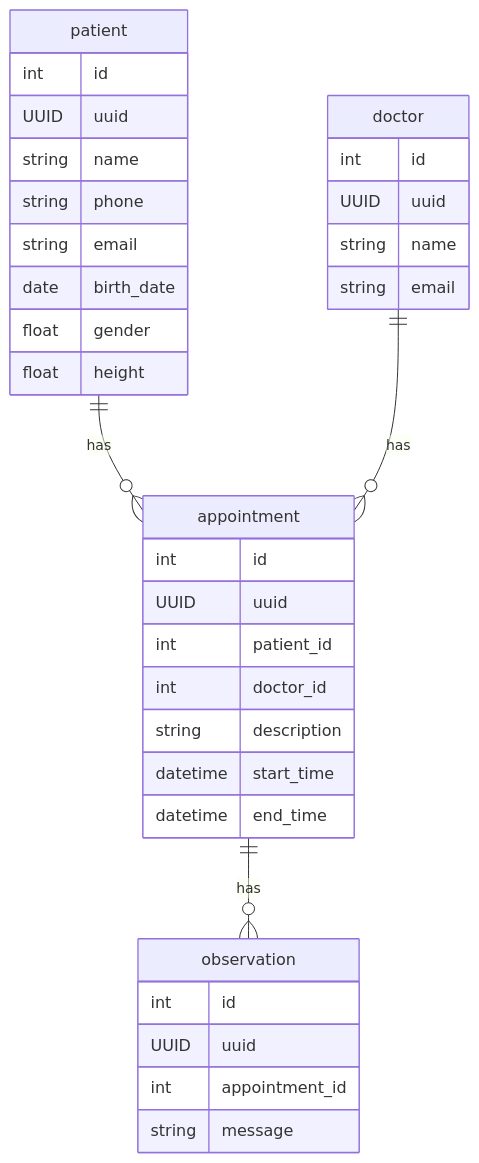
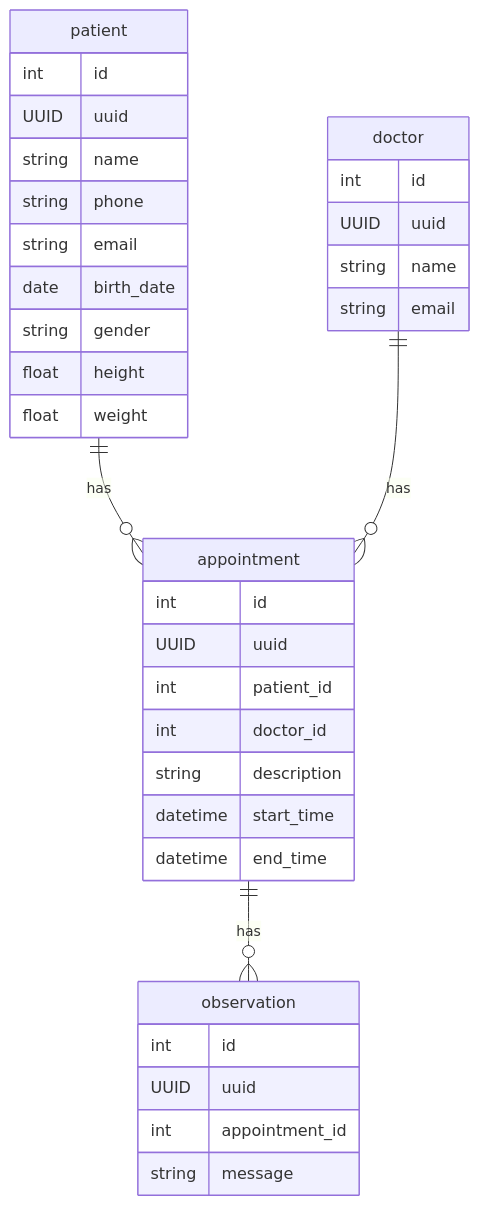
The first of 2 diagrams in README.md (jtonynet/js-med-planner), drawn with Mermaid before and after one commit. The commit also changed other lines of this file and 7 other files, not shown here.

````diff
--- a/README.md
+++ b/README.md
@@ -155,38 +166,39 @@
 ```mermaid
 erDiagram 
     patient {
         int id
         UUID uuid
         string name
         string phone
         string email
         date birth_date
-        float gender
+        string gender
         float height
+        float weight
     }
     appointment {
         int id
         UUID uuid
         int patient_id
         int doctor_id
         string description
         datetime start_time
         datetime end_time
     }
     doctor {
         int id
         UUID uuid
         string name
         string email
     }
     observation{
         int id
         UUID uuid
         int appointment_id
         string message
     }
 
     patient ||--o{ appointment : has
     doctor ||--o{ appointment : has
     appointment ||--o{ observation : has
 ```
````
